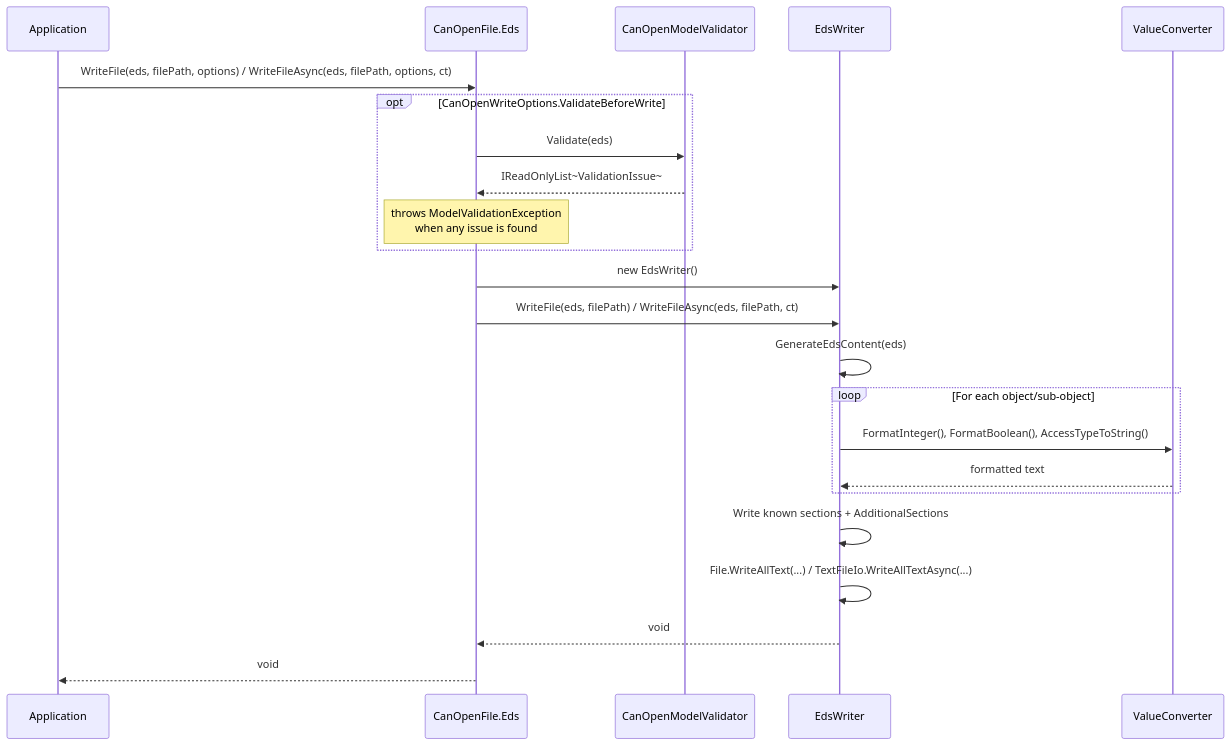
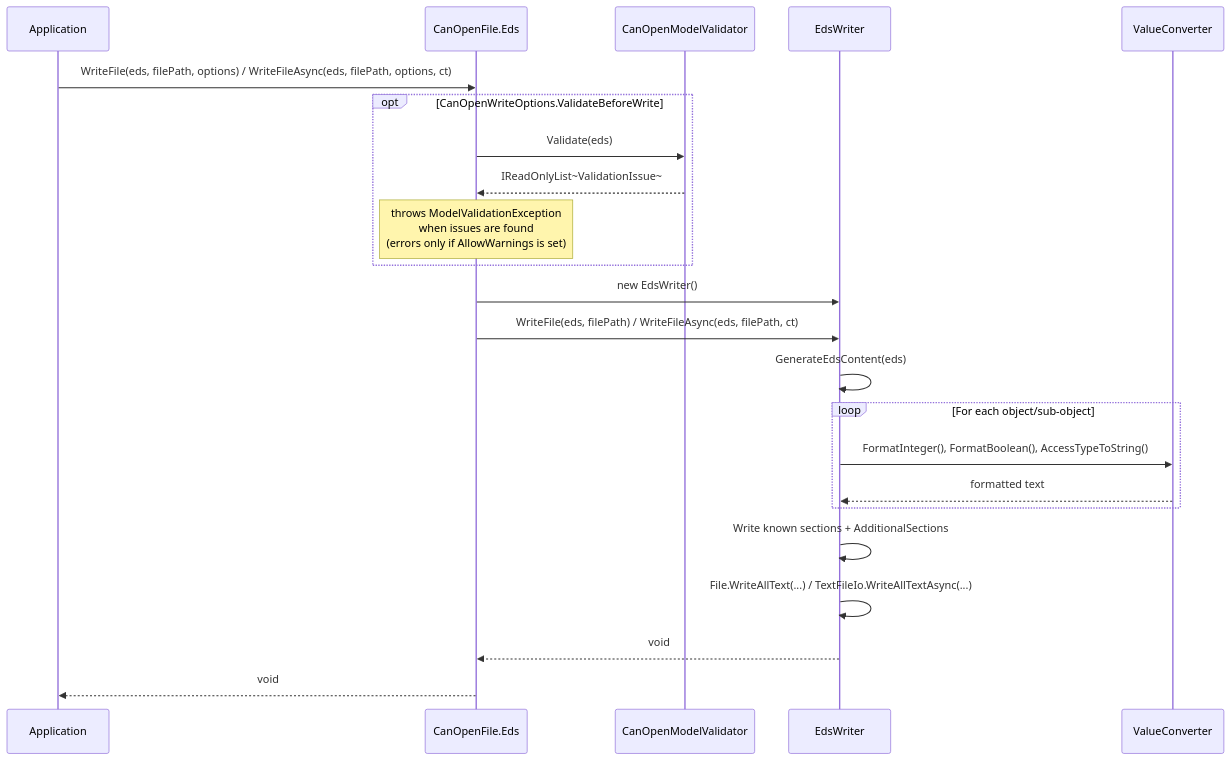
The fourth of 9 diagrams in docs/architecture/06-runtime-view.md (dborgards/eds-dcf-net), drawn with Mermaid before and after one commit. The commit also changed 6 other files, not shown here.

````diff
--- a/docs/architecture/06-runtime-view.md
+++ b/docs/architecture/06-runtime-view.md
@@ -85,28 +85,28 @@
 ```mermaid
 sequenceDiagram
     participant App as Application
     participant CF as CanOpenFile.Eds
     participant V as CanOpenModelValidator
     participant EW as EdsWriter
     participant VC as ValueConverter
 
     App->>CF: WriteFile(eds, filePath, options) / WriteFileAsync(eds, filePath, options, ct)
     opt CanOpenWriteOptions.ValidateBeforeWrite
         CF->>V: Validate(eds)
         V-->>CF: IReadOnlyList~ValidationIssue~
-        note over CF: throws ModelValidationException<br/>when any issue is found
+        note over CF: throws ModelValidationException<br/>when issues are found<br/>(errors only if AllowWarnings is set)
     end
     CF->>EW: new EdsWriter()
     CF->>EW: WriteFile(eds, filePath) / WriteFileAsync(eds, filePath, ct)
     EW->>EW: GenerateEdsContent(eds)
 
     loop For each object/sub-object
         EW->>VC: FormatInteger(), FormatBoolean(), AccessTypeToString()
         VC-->>EW: formatted text
     end
 
     EW->>EW: Write known sections + AdditionalSections
     EW->>EW: File.WriteAllText(...) / TextFileIo.WriteAllTextAsync(...)
     EW-->>CF: void
     CF-->>App: void
 ```
````
